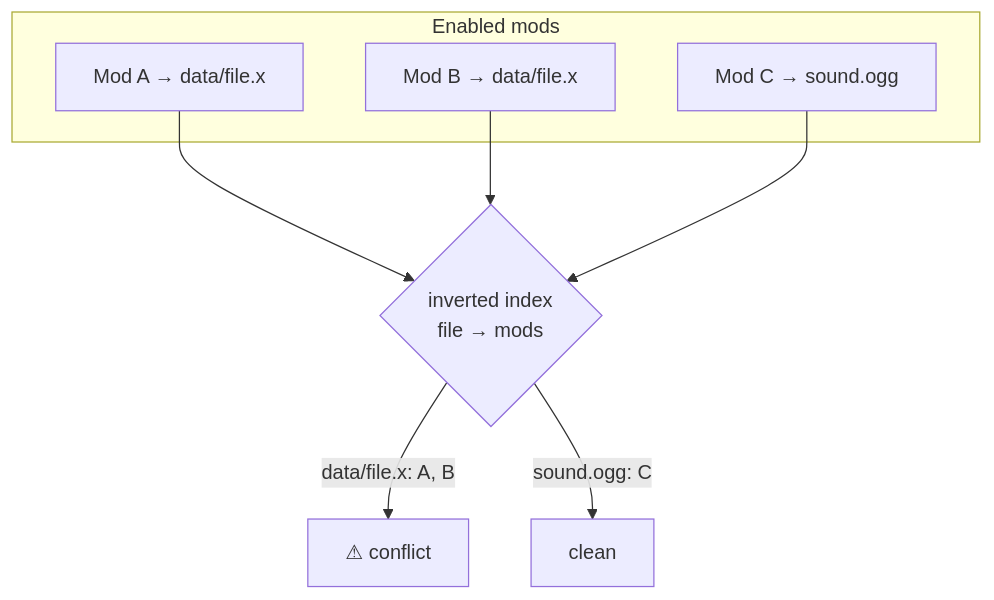
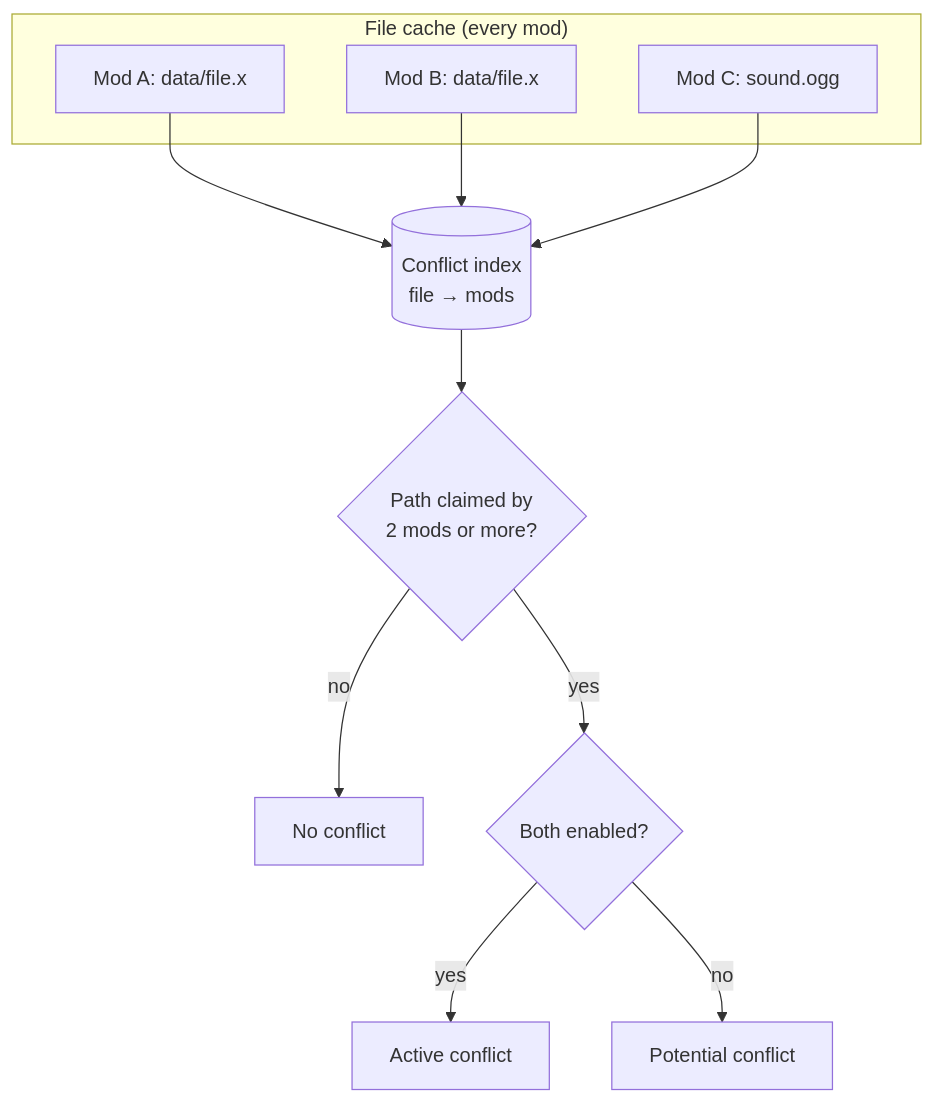
The first of 4 diagrams in frontend/assets/docs/en/how-it-works/conflicts.md (FreeProject089/BetterModsManager), drawn with Mermaid before and after one commit. The commit also changed other lines of this file and 176 other files, not shown here.

````diff
--- a/frontend/assets/docs/en/how-it-works/conflicts.md
+++ b/frontend/assets/docs/en/how-it-works/conflicts.md
@@ -24,13 +27,16 @@
 ```mermaid
-flowchart TB
-    subgraph Enabled["Enabled mods"]
-        A["Mod A → data/file.x"]
-        B["Mod B → data/file.x"]
-        C["Mod C → sound.ogg"]
+flowchart TD
+    subgraph LIB["File cache (every mod)"]
+        A["Mod A: data/file.x"]
+        B["Mod B: data/file.x"]
+        C["Mod C: sound.ogg"]
     end
-    A --> G{"inverted index<br/>file → mods"}
-    B --> G
-    C --> G
-    G -- "data/file.x: A, B" --> CONF["⚠ conflict"]
-    G -- "sound.ogg: C" --> OK["clean"]
+    A --> IDX[("Conflict index<br/>file → mods")]
+    B --> IDX
+    C --> IDX
+    IDX --> SHARED{"Path claimed by<br/>2 mods or more?"}
+    SHARED -- "no" --> OK["No conflict"]
+    SHARED -- "yes" --> BOTH{"Both enabled?"}
+    BOTH -- "yes" --> ACT["Active conflict"]
+    BOTH -- "no" --> POT["Potential conflict"]
 ```
````
